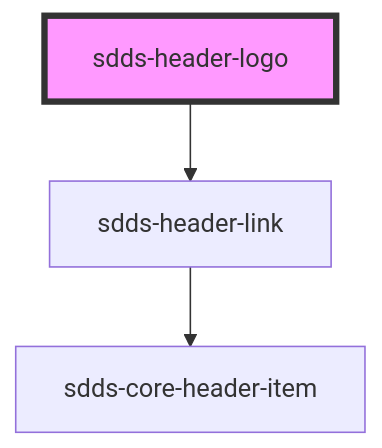
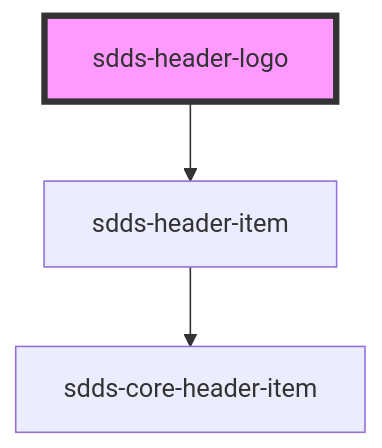
Before and after one commit to scania-digital-design-system/sdds: the diagram in tegel/src/components/header/webcomponent/header-logo/readme.md, drawn with Mermaid. The commit also changed other lines of this file and 44 other files, not shown here.

Commit message:
feat(sidemenu,header): remove -button and -link components and replace with -item

````diff
--- a/tegel/src/components/header/webcomponent/header-logo/readme.md
+++ b/tegel/src/components/header/webcomponent/header-logo/readme.md
@@ -22,6 +22,6 @@
 ```mermaid
 graph TD;
-  sdds-header-logo --> sdds-header-link
-  sdds-header-link --> sdds-core-header-item
+  sdds-header-logo --> sdds-header-item
+  sdds-header-item --> sdds-core-header-item
   style sdds-header-logo fill:#f9f,stroke:#333,stroke-width:4px
 ```
````
